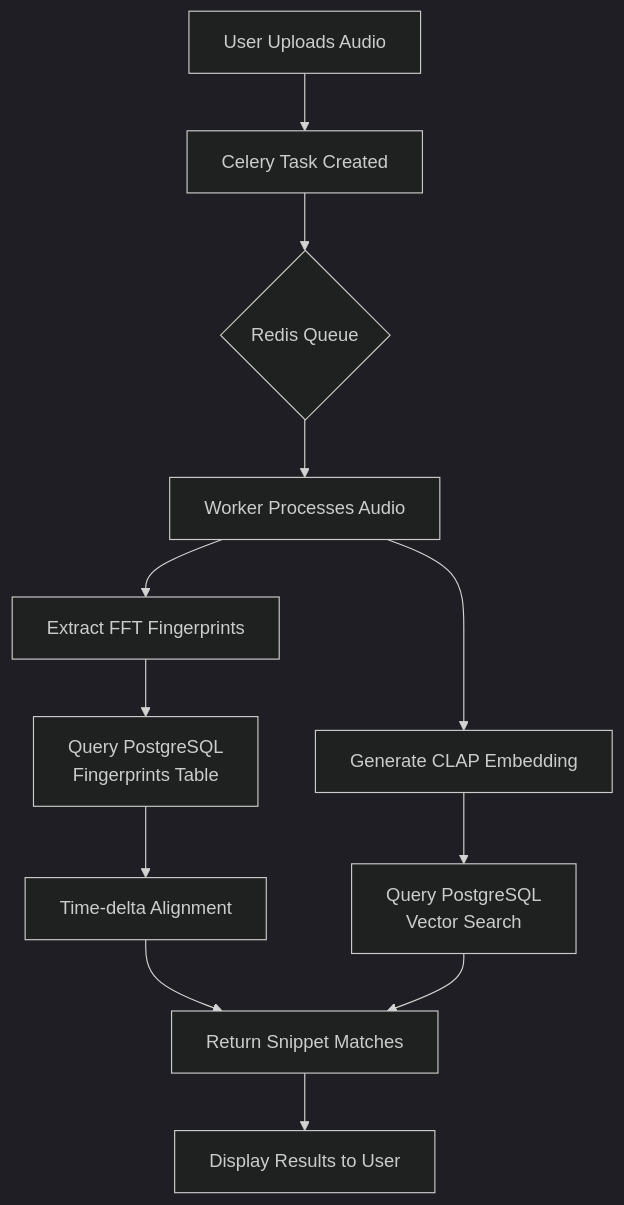
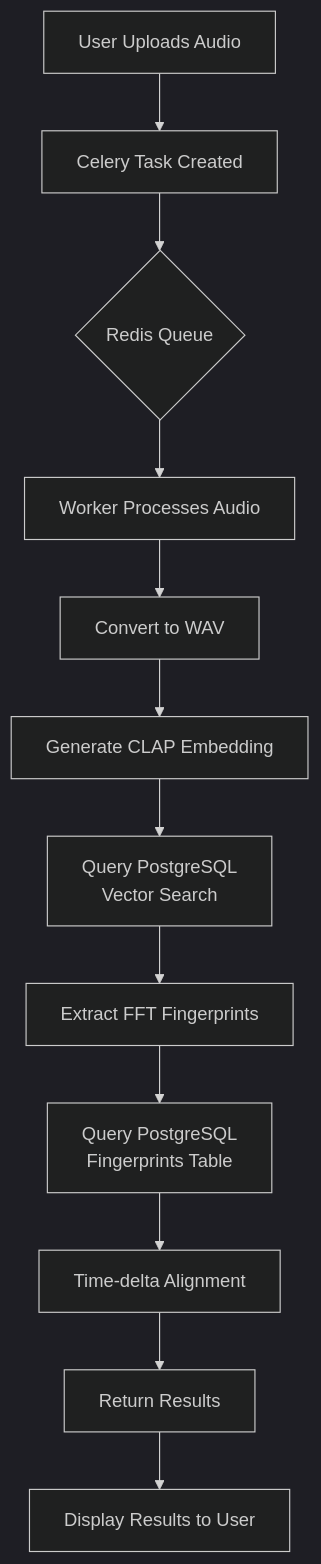
One commit to DariusSasarman/SameSong changed the diagram in readme.md. Above: the diagram before and after it, drawn with Mermaid (dark theme).

Commit message:
Changed readme.md to reflect current functionality

````diff
--- a/readme.md
+++ b/readme.md
@@ -70,14 +70,14 @@
 ```mermaid
 graph TB
     A[User Uploads Audio] --> B[Celery Task Created]
     B --> C{Redis Queue}
     C --> D[Worker Processes Audio]
-    D --> E[Extract FFT Fingerprints]
-    D --> F[Generate CLAP Embedding]
-    E --> G[Query PostgreSQL<br/>Fingerprints Table]
-    F --> H[Query PostgreSQL<br/>Vector Search]
-    G --> I[Time-delta Alignment]
-    I --> J[Return Snippet Matches]
-    H --> J
-    J --> K[Display Results to User]
+    D --> E[Convert to WAV]
+    E --> F[Generate CLAP Embedding]
+    F --> G[Query PostgreSQL<br/>Vector Search]
+    G --> H[Extract FFT Fingerprints]
+    H --> I[Query PostgreSQL<br/>Fingerprints Table]
+    I --> J[Time-delta Alignment]
+    J --> K[Return Results]
+    K --> L[Display Results to User]
 ```
````
